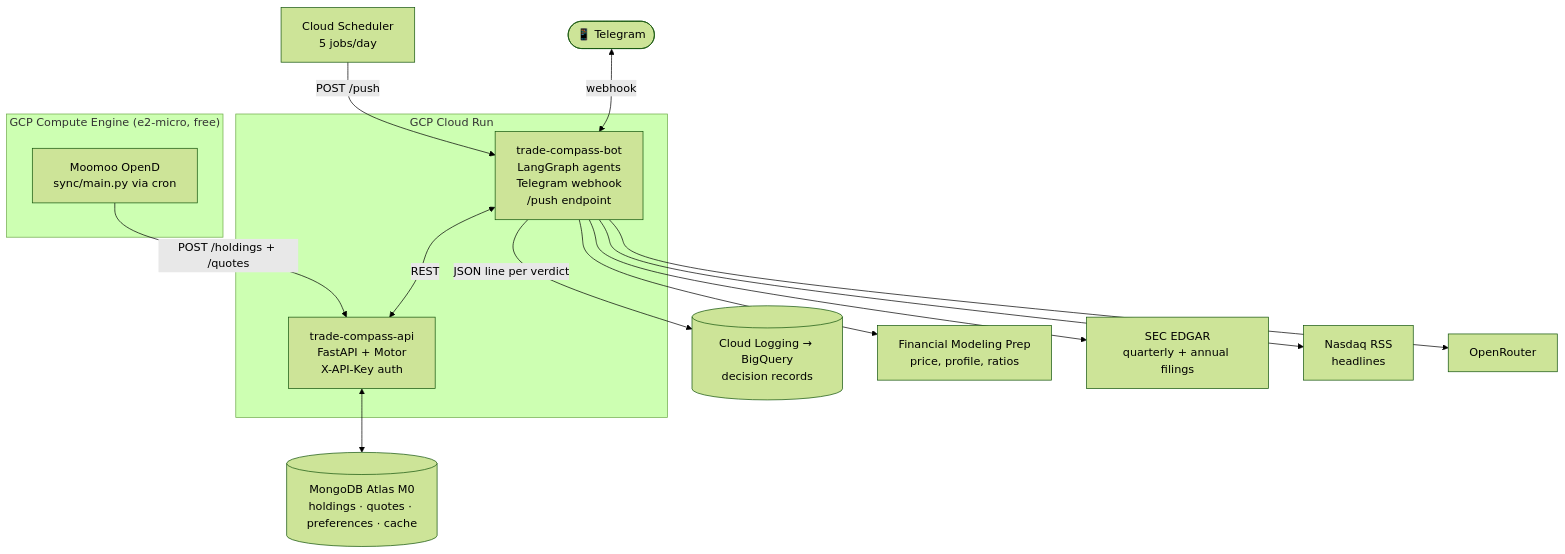
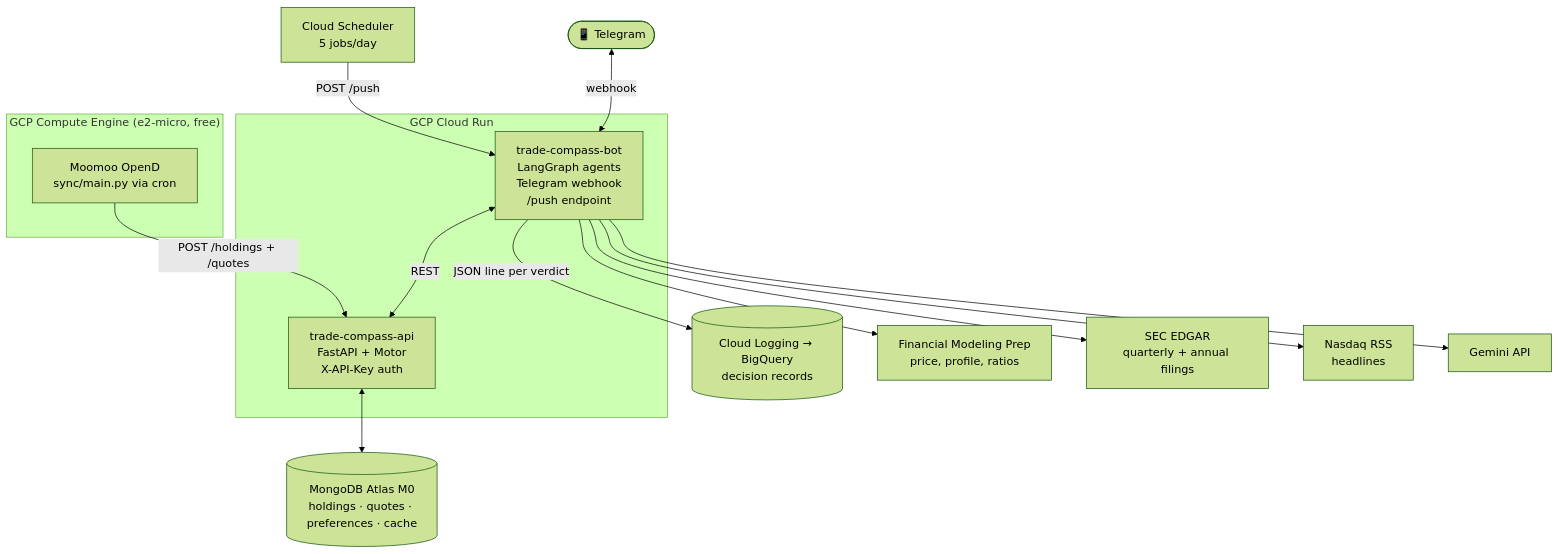
Before and after one commit to PCBZ/trade-compass: the first of 2 diagrams in README.md, drawn with Mermaid (forest theme). The commit also changed other lines of this file and 12 other files, not shown here.

First line of the commit message:
feat: switch the LLM from OpenRouter free models to the Gemini API

````diff
--- a/README.md
+++ b/README.md
@@ -25,32 +25,32 @@
 ```mermaid
 flowchart TD
     User([📱 Telegram])
 
     subgraph CR["GCP Cloud Run"]
         BOT["trade-compass-bot<br/>LangGraph agents<br/>Telegram webhook<br/>/push endpoint"]
         API["trade-compass-api<br/>FastAPI + Motor<br/>X-API-Key auth"]
     end
 
     subgraph GCE["GCP Compute Engine (e2-micro, free)"]
         VM["Moomoo OpenD<br/>sync/main.py via cron"]
     end
 
     DB[("MongoDB Atlas M0<br/>holdings · quotes · preferences · cache")]
     LOG[("Cloud Logging → BigQuery<br/>decision records")]
     SCHED["Cloud Scheduler<br/>5 jobs/day"]
     FMP["Financial Modeling Prep<br/>price, profile, ratios"]
     EDGAR["SEC EDGAR<br/>quarterly + annual filings"]
     NEWS["Nasdaq RSS<br/>headlines"]
-    LLM["OpenRouter"]
+    LLM["Gemini API"]
 
     User <-->|webhook| BOT
     SCHED -->|POST /push| BOT
     BOT --> FMP
     BOT --> EDGAR
     BOT --> NEWS
     BOT --> LLM
     BOT -->|JSON line per verdict| LOG
     BOT <-->|REST| API
     API <--> DB
     VM -->|POST /holdings + /quotes| API
 ```
````
